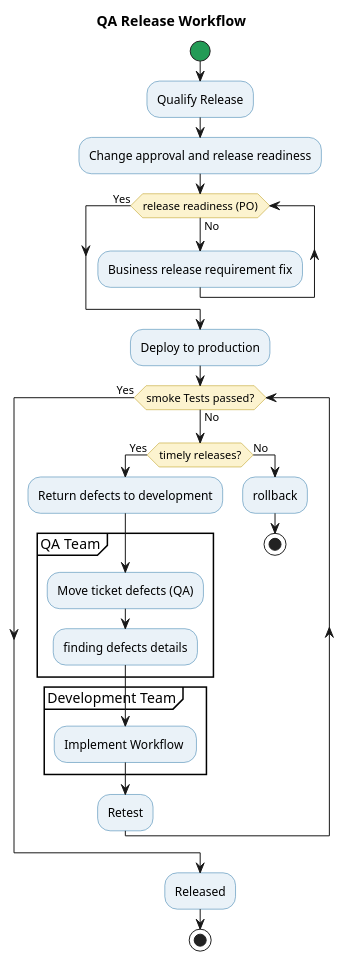
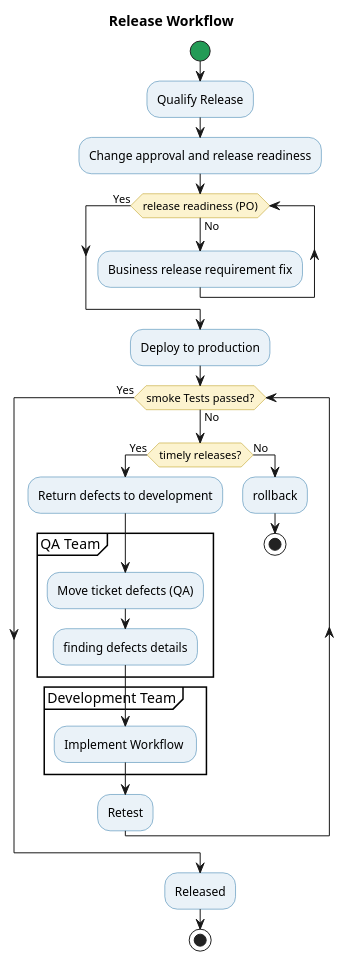
The diagram in docs/qatest-003.puml (sovannotychea/ori-test), drawn with PlantUML before and after one commit. The commit also changed 1 other file, not shown here.

```diff
--- a/docs/qatest-003.puml
+++ b/docs/qatest-003.puml
@@ -1,39 +1,39 @@
 @startuml
-title QA Release Workflow
+title Release Workflow
 
 skinparam backgroundColor white
 skinparam shadowing false
 skinparam activity {
   BackgroundColor #EAF2F8
   BorderColor #2874A6
   DiamondBackgroundColor #FCF3CF
   DiamondBorderColor #B7950B
   StartColor #239B56
   EndColor #C0392B
 }
 start
 :Qualify Release;
 :Change approval and release readiness;
 while (release readiness (PO)) is (No)
     :Business release requirement fix;
 endwhile (Yes)
 :Deploy to production;
 while (smoke Tests passed?) is (No)
 if (timely releases?) then (Yes)
   :Return defects to development;
     partition "QA Team" {
                :Move ticket defects (QA);
                :finding defects details;
     }
     partition "Development Team" {
            :Implement Workflow ;
     }
   :Retest;
 else (No)
   :rollback;
   stop
 endif
 endwhile (Yes)
 :Released;
 stop
 @enduml
```
